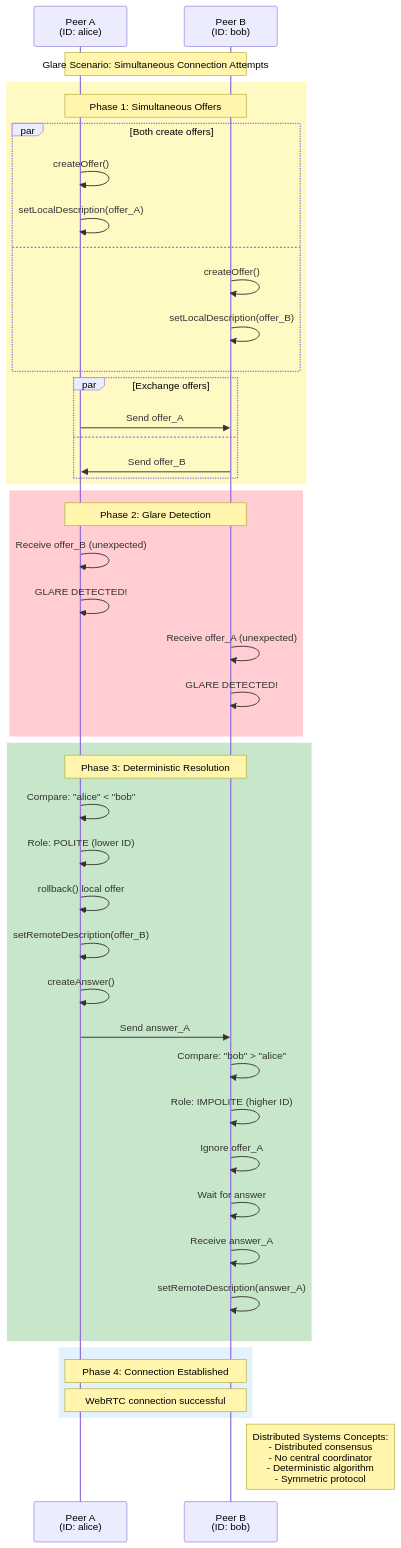
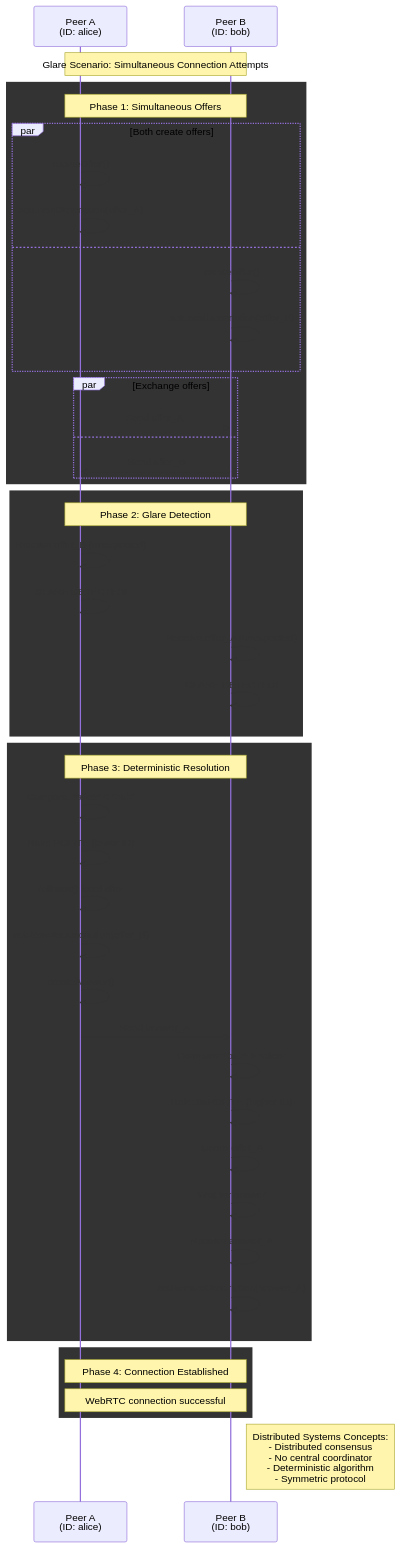
One commit to amr-kasem/distributed-systems-react-chat-peer changed the sixth of 8 diagrams in docs/sequence-diagrams.md. Above: the diagram before and after it, drawn with Mermaid. The commit also changed other lines of this file and 7 other files, not shown here.

Commit message:
solved issues with diagrams

````diff
--- a/docs/sequence-diagrams.md
+++ b/docs/sequence-diagrams.md
@@ -314,60 +314,60 @@
 ```mermaid
 sequenceDiagram
     participant PeerA as Peer A<br/>(ID: alice)
     participant PeerB as Peer B<br/>(ID: bob)
     
     Note over PeerA,PeerB: Glare Scenario: Simultaneous Connection Attempts
     
-    rect rgb(255, 249, 196)
+    rect rgb("255, 249, 196")
         Note over PeerA,PeerB: Phase 1: Simultaneous Offers
         
         par Both create offers
             PeerA->>PeerA: createOffer()
             PeerA->>PeerA: setLocalDescription(offer_A)
         and
             PeerB->>PeerB: createOffer()
             PeerB->>PeerB: setLocalDescription(offer_B)
         end
         
         par Exchange offers
             PeerA->>PeerB: Send offer_A
         and
             PeerB->>PeerA: Send offer_B
         end
     end
     
-    rect rgb(255, 205, 210)
+    rect rgb("255, 205, 210")
         Note over PeerA,PeerB: Phase 2: Glare Detection
         
         PeerA->>PeerA: Receive offer_B (unexpected)
         PeerA->>PeerA: GLARE DETECTED!
         
         PeerB->>PeerB: Receive offer_A (unexpected)
         PeerB->>PeerB: GLARE DETECTED!
     end
     
-    rect rgb(200, 230, 201)
+    rect rgb("200, 230, 201")
         Note over PeerA,PeerB: Phase 3: Deterministic Resolution
         
         PeerA->>PeerA: Compare: "alice" < "bob"
         PeerA->>PeerA: Role: POLITE (lower ID)
         PeerA->>PeerA: rollback() local offer
         PeerA->>PeerA: setRemoteDescription(offer_B)
         PeerA->>PeerA: createAnswer()
         PeerA->>PeerB: Send answer_A
         
         PeerB->>PeerB: Compare: "bob" > "alice"
         PeerB->>PeerB: Role: IMPOLITE (higher ID)
         PeerB->>PeerB: Ignore offer_A
         PeerB->>PeerB: Wait for answer
         PeerB->>PeerB: Receive answer_A
         PeerB->>PeerB: setRemoteDescription(answer_A)
     end
     
-    rect rgb(227, 242, 253)
+    rect rgb("227, 242, 253")
         Note over PeerA,PeerB: Phase 4: Connection Established
         Note over PeerA,PeerB: WebRTC connection successful
     end
     
     Note right of PeerB: Distributed Systems Concepts:<br/>- Distributed consensus<br/>- No central coordinator<br/>- Deterministic algorithm<br/>- Symmetric protocol
 ```
````
